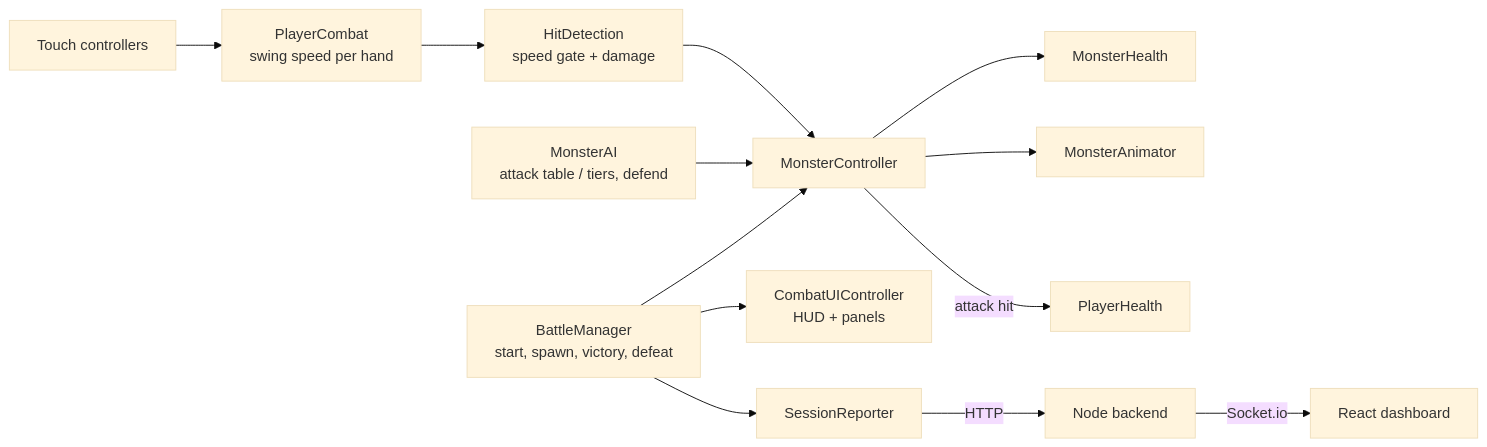
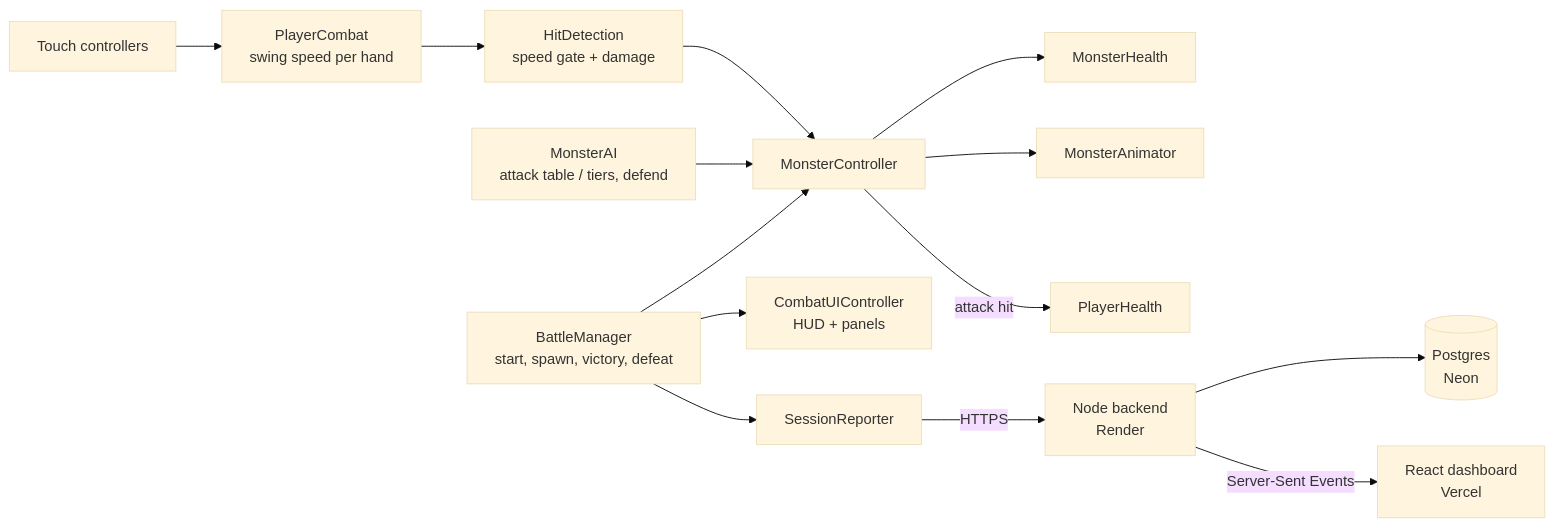
Before and after one commit to dabster108/S.T.R.I.K.E.F.I.T: the diagram in README.md, drawn with Mermaid (base theme). The commit also changed other lines of this file and 44 other files, not shown here.

````diff
--- a/README.md
+++ b/README.md
@@ -235,15 +244,16 @@
 ```mermaid
 flowchart LR
     C[Touch controllers] --> PC[PlayerCombat<br/>swing speed per hand]
     PC --> HD[HitDetection<br/>speed gate + damage]
     HD --> MC[MonsterController]
     MC --> MH[MonsterHealth]
     AI[MonsterAI<br/>attack table / tiers, defend] --> MC
     MC --> MA[MonsterAnimator]
     MC -->|attack hit| PH[PlayerHealth]
     BM[BattleManager<br/>start, spawn, victory, defeat] --> MC
     BM --> UI[CombatUIController<br/>HUD + panels]
     BM --> SR[SessionReporter]
-    SR -->|HTTP| BE[Node backend]
-    BE -->|Socket.io| DB[React dashboard]
+    SR -->|HTTPS| BE[Node backend<br/>Render]
+    BE --> PG[(Postgres<br/>Neon)]
+    BE -->|Server-Sent Events| DB[React dashboard<br/>Vercel]
 ```
````
